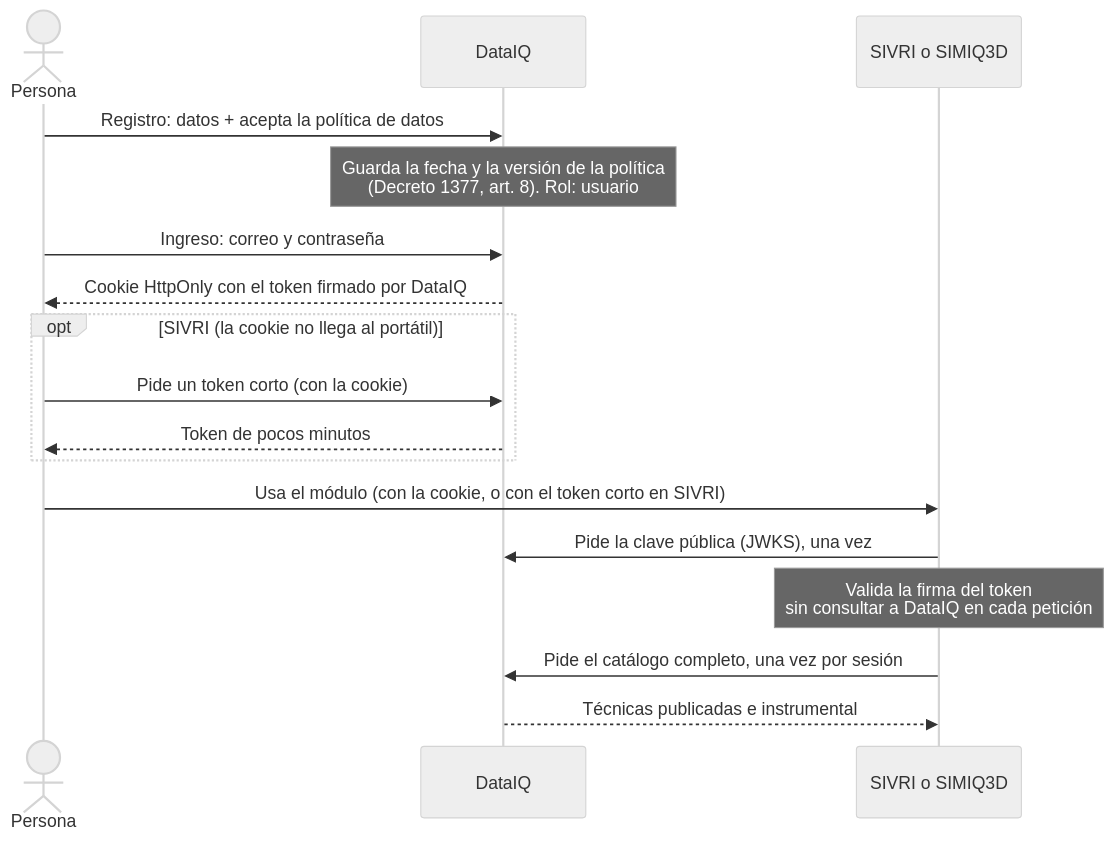
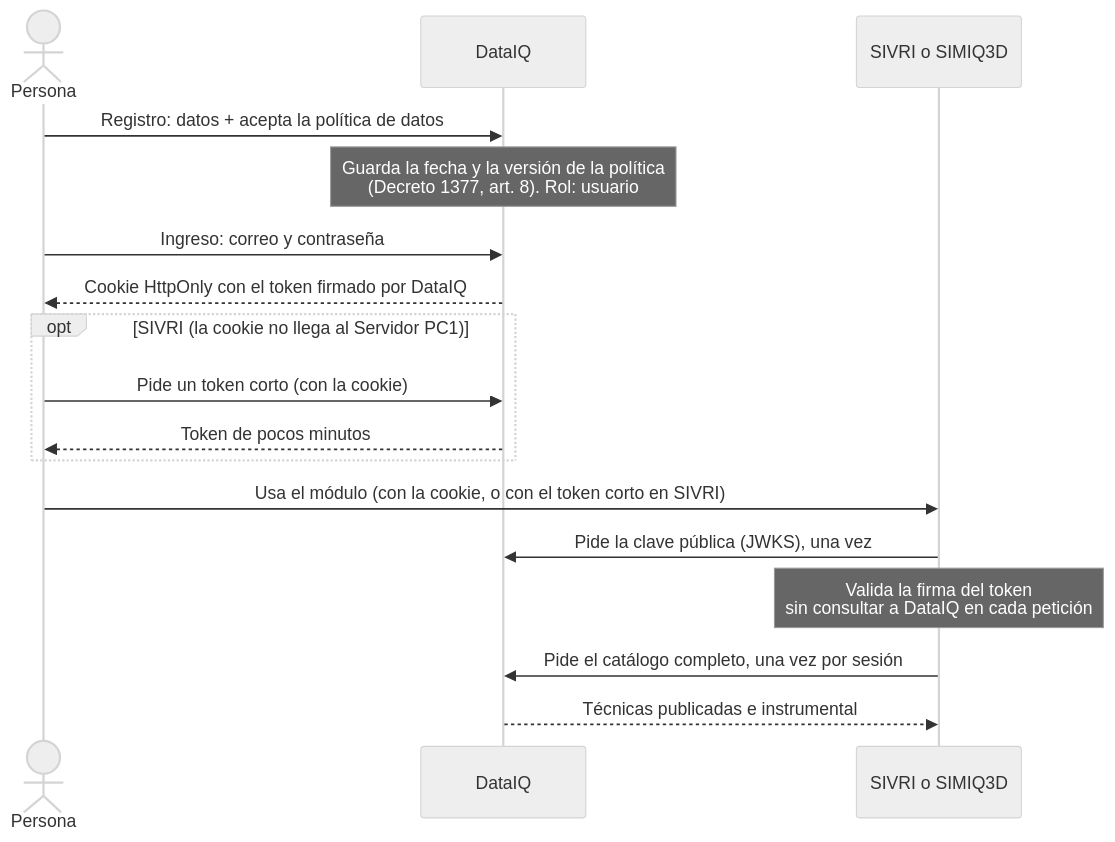
Before and after one commit to curn-iq/iq-platform: the fifth of 5 diagrams in docs/flujos.md, drawn with Mermaid (neutral theme). The commit also changed other lines of this file and 4 other files, not shown here.

````diff
--- a/docs/flujos.md
+++ b/docs/flujos.md
@@ -141,20 +141,20 @@
 ```mermaid
 sequenceDiagram
     actor P as Persona
     participant D as DataIQ
     participant M as SIVRI o SIMIQ3D
 
     P->>D: Registro: datos + acepta la política de datos
     Note over D: Guarda la fecha y la versión de la política<br/>(Decreto 1377, art. 8). Rol: usuario
     P->>D: Ingreso: correo y contraseña
     D-->>P: Cookie HttpOnly con el token firmado por DataIQ
-    opt SIVRI (la cookie no llega al portátil)
+    opt SIVRI (la cookie no llega al Servidor PC1)
         P->>D: Pide un token corto (con la cookie)
         D-->>P: Token de pocos minutos
     end
     P->>M: Usa el módulo (con la cookie, o con el token corto en SIVRI)
     M->>D: Pide la clave pública (JWKS), una vez
     Note over M: Valida la firma del token<br/>sin consultar a DataIQ en cada petición
     M->>D: Pide el catálogo completo, una vez por sesión
     D-->>M: Técnicas publicadas e instrumental
 ```
````
